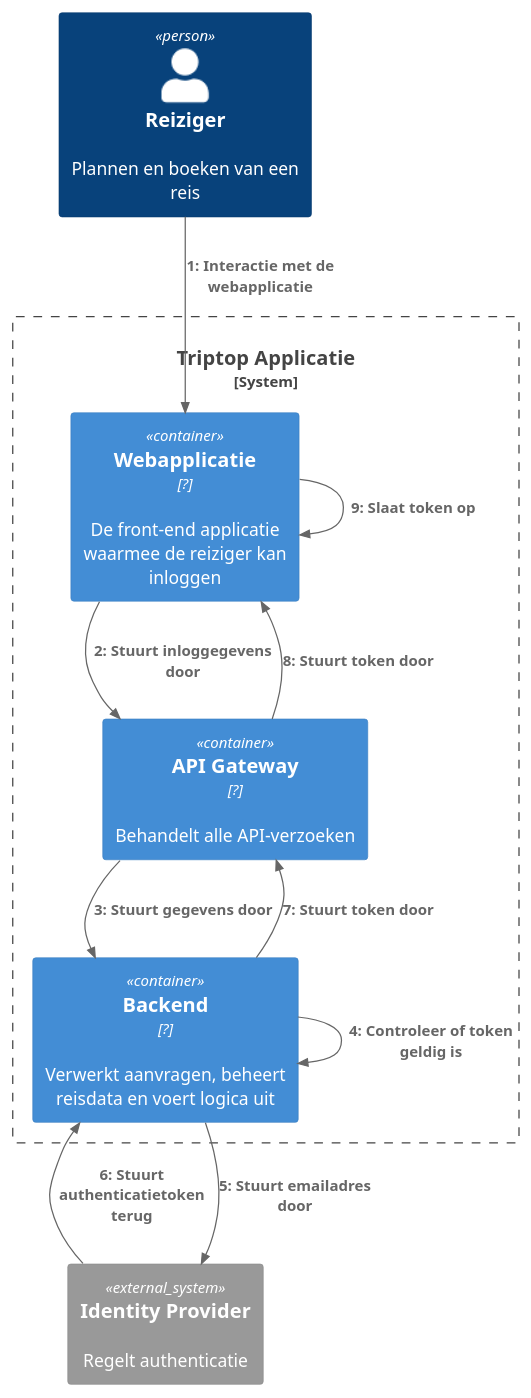
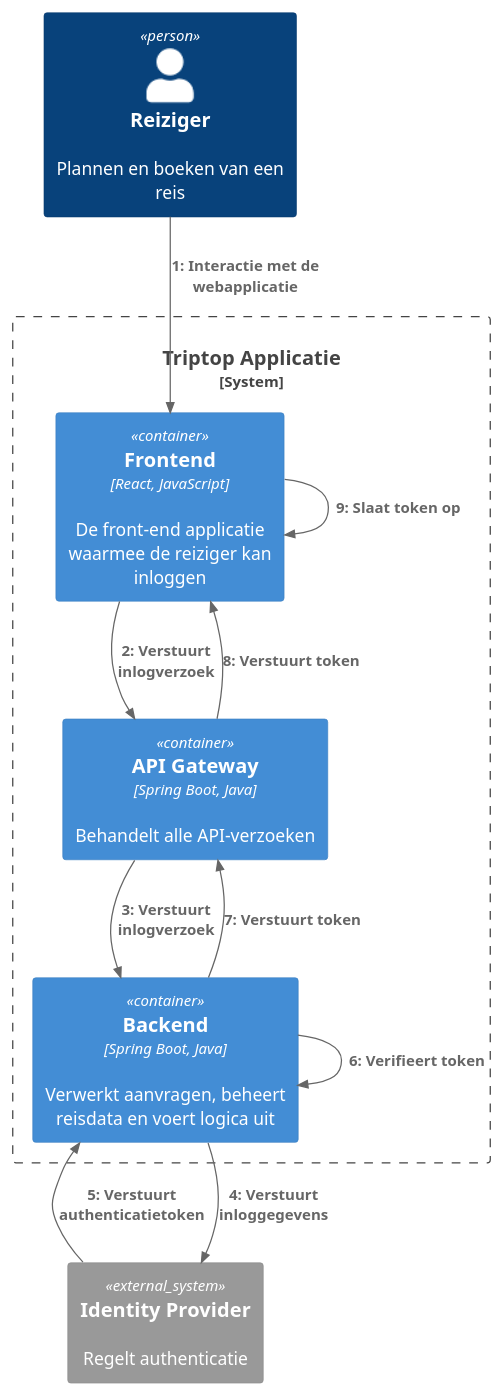
The diagram in opdracht-diagrammen/C4 Container/Dynamic/C4 Container dynamic diagram Inloggen - Cas.puml (AIM-ENE-feb25/triptop-groep-3), drawn with PlantUML before and after one commit. The commit also changed 2 other files, not shown here.

Commit message:
Feedback week 1 verwerkt

```diff
--- a/opdracht-diagrammen/C4 Container/Dynamic/C4 Container dynamic diagram Inloggen - Cas.puml
+++ b/opdracht-diagrammen/C4 Container/Dynamic/C4 Container dynamic diagram Inloggen - Cas.puml
@@ -1,29 +1,30 @@
 @startuml
 !include https://raw.githubusercontent.com/plantuml-stdlib/C4-PlantUML/master/C4_Dynamic.puml
 
 LAYOUT_TOP_DOWN()
 
 Person(Traveler, "Reiziger", "Plannen en boeken van een reis")
 
 System_Boundary(s1, "Triptop Applicatie") {
-    Container(Frontend, "Webapplicatie", "?", "De front-end applicatie waarmee de reiziger kan inloggen")
-    Container(Backend, "Backend", "?", "Verwerkt aanvragen, beheert reisdata en voert logica uit")
-    Container(ApiGateway, "API Gateway", "?", "Behandelt alle API-verzoeken")
+    Container(Frontend, "Frontend", "React, JavaScript", "De front-end applicatie waarmee de reiziger kan inloggen")
+    Container(Backend, "Backend", "Spring Boot, Java", "Verwerkt aanvragen, beheert reisdata en voert logica uit")
+    Container(ApiGateway, "API Gateway", "Spring Boot, Java", "Behandelt alle API-verzoeken")
 }
 
 System_Ext(IdentityProvider, "Identity Provider", "Regelt authenticatie")
 
 Rel(Traveler, Frontend, "Interactie met de webapplicatie")
 
-Rel(Frontend, ApiGateway, "Stuurt inloggegevens door")
-Rel(ApiGateway, Backend, Stuurt gegevens door)
-Rel(Backend, Backend, Controleer of token geldig is)
+Rel(Frontend, ApiGateway, "Verstuurt inlogverzoek")
+Rel(ApiGateway, Backend, Verstuurt inlogverzoek)
 
-Rel(Backend, IdentityProvider, Stuurt emailadres door)
-Rel(IdentityProvider, Backend, "Stuurt authenticatietoken terug")
-Rel(Backend, ApiGateway, Stuurt token door)
-Rel(ApiGateway, Frontend, Stuurt token door)
+Rel(Backend, IdentityProvider, Verstuurt inloggegevens)
+Rel(IdentityProvider, Backend, "Verstuurt authenticatietoken")
+Rel(Backend, Backend, Verifieert token)
+
+Rel(Backend, ApiGateway, Verstuurt token)
+Rel(ApiGateway, Frontend, Verstuurt token)
 Rel(Frontend, Frontend, Slaat token op)
 
 
 @enduml
```
